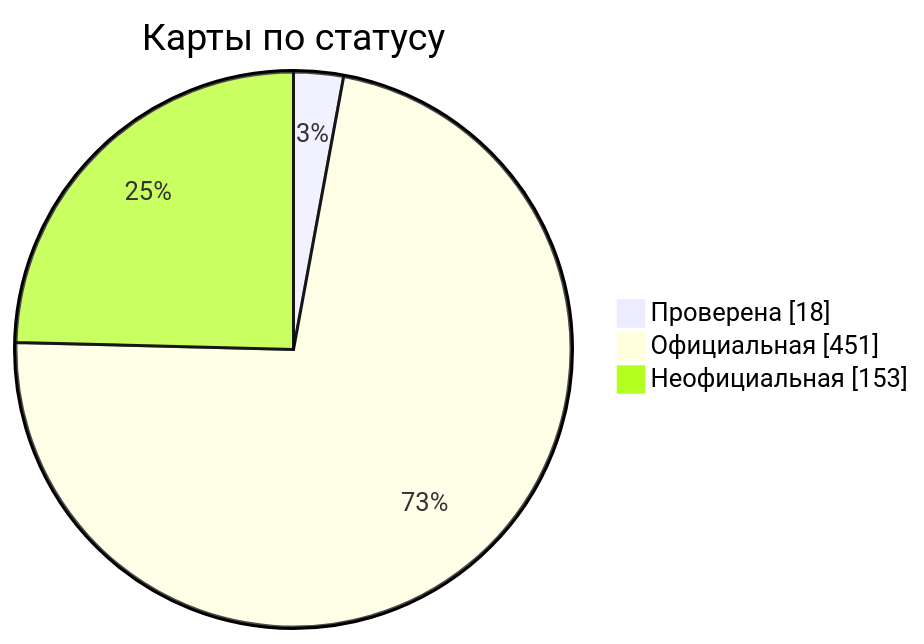
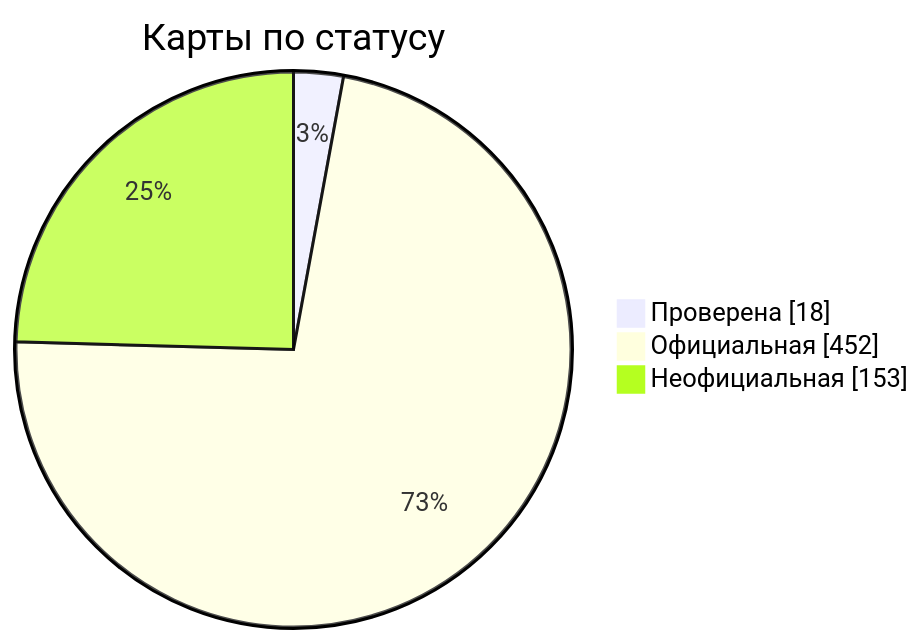
Before and after one commit to nobrega8/mbmap-library: the diagram in docs/readme/README_RU.md, drawn with Mermaid. The commit also changed 6 other files, not shown here.

````diff
--- a/docs/readme/README_RU.md
+++ b/docs/readme/README_RU.md
@@ -54,7 +54,7 @@
 ```mermaid
 pie showData
     title Карты по статусу
     "Проверена" : 18
-    "Официальная" : 451
+    "Официальная" : 452
     "Неофициальная" : 153
 ```
````
